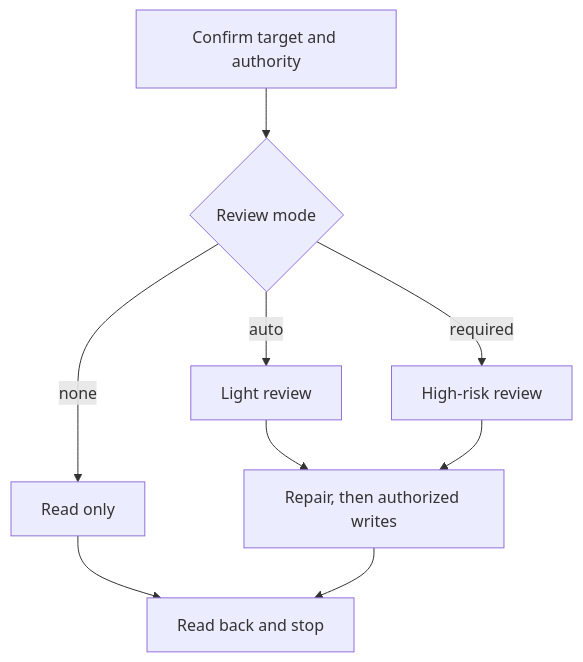
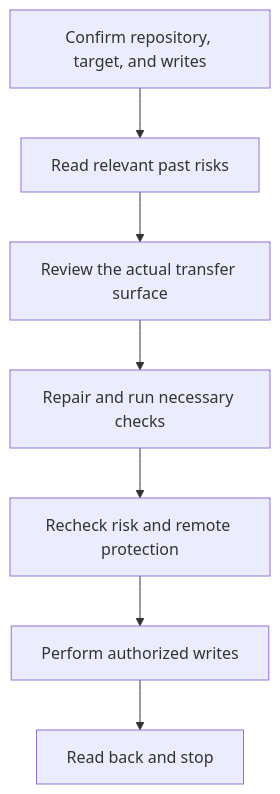
Before and after one commit to AIALRA-0/agent-github-safe-publish: the diagram in README.en.md, drawn with Mermaid. The commit also changed other lines of this file and 2 other files, not shown here.

Commit message:
docs: clarify GitHub publication guidance

````diff
--- a/README.en.md
+++ b/README.en.md
@@ -30,11 +62,10 @@
 ```mermaid
+%% The publication route starts with authority confirmation and ends after remote readback
 flowchart TD
-    A[Confirm target and authority] --> B{Review mode}
-    B -->|none| C[Read only]
-    B -->|auto| D[Light review]
-    B -->|required| E[High-risk review]
-    D --> F[Repair, then authorized writes]
-    E --> F
-    C --> G[Read back and stop]
-    F --> G
+    A[Confirm repository, target, and writes] --> B[Read relevant past risks]
+    B --> C[Review the actual transfer surface]
+    C --> D[Repair and run necessary checks]
+    D --> E[Recheck risk and remote protection]
+    E --> F[Perform authorized writes]
+    F --> G[Read back and stop]
 ```
````
